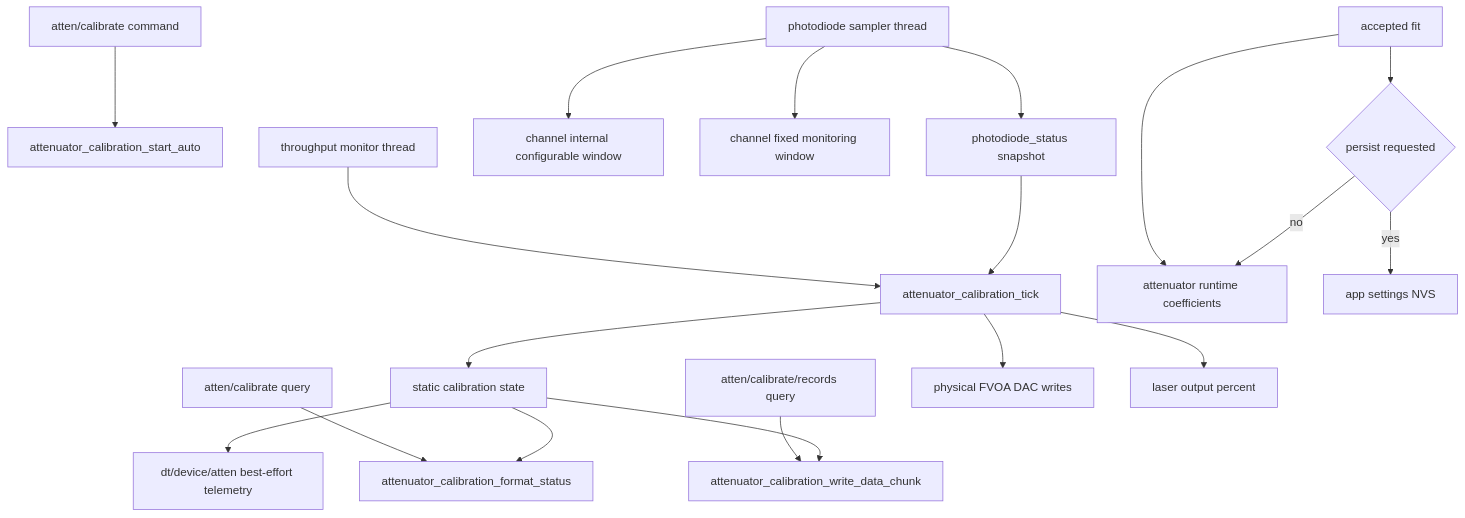
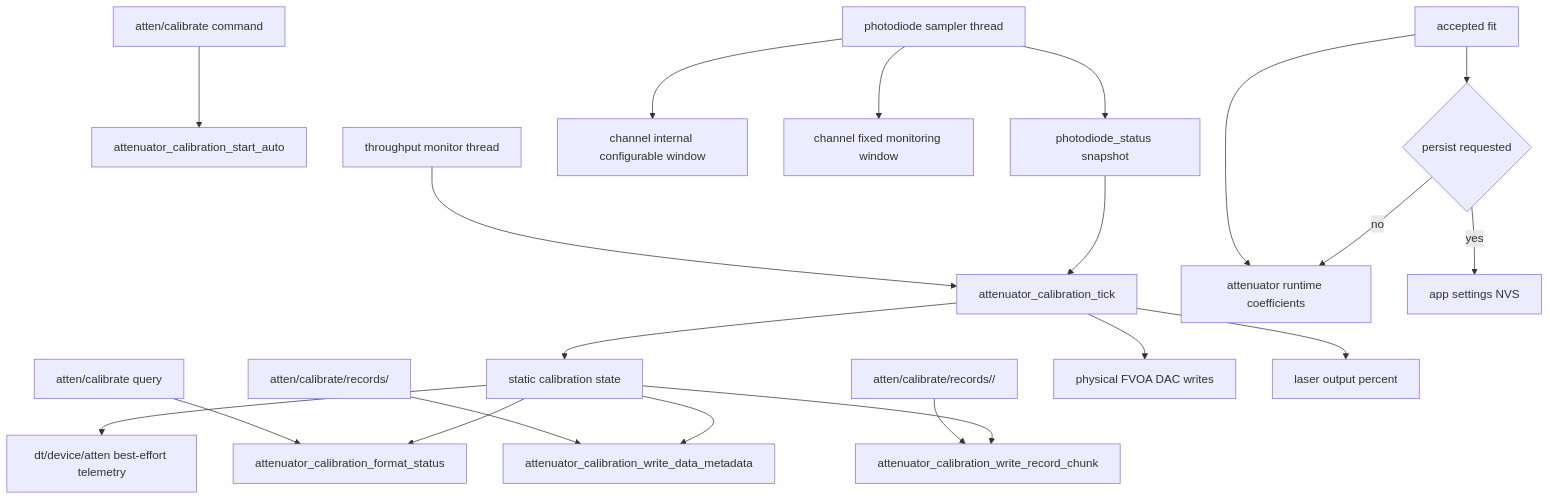
Before and after one commit to COO-Utilities/hispec-tib: the first of 7 diagrams in doc/attenuator_calibration.md, drawn with Mermaid. The commit also changed other lines of this file and 8 other files, not shown here.

Commit message:
Align attenuator calibration dataset export

````diff
--- a/doc/attenuator_calibration.md
+++ b/doc/attenuator_calibration.md
@@ -16,24 +16,26 @@
 ```mermaid
 flowchart TD
   Cmd[atten/calibrate command] --> Start[attenuator_calibration_start_auto]
   StatusReq[atten/calibrate query] --> Status[attenuator_calibration_format_status]
-  RecordsReq[atten/calibrate/records query] --> Chunk[attenuator_calibration_write_data_chunk]
+  RecordsMetaReq[atten/calibrate/records/<physical>] --> Meta[attenuator_calibration_write_data_metadata]
+  RecordsChunkReq[atten/calibrate/records/<physical>/<chunk>] --> Chunk[attenuator_calibration_write_record_chunk]
 
   PDThread[photodiode sampler thread] --> PDStatus[photodiode_status snapshot]
   PDThread --> ConfigWindow[channel internal configurable window]
   PDThread --> FixedWindow[channel fixed monitoring window]
 
   TP[throughput monitor thread] --> Tick[attenuator_calibration_tick]
   PDStatus --> Tick
   Tick --> CalState[static calibration state]
   Tick --> Atten[physical FVOA DAC writes]
   Tick --> Laser[laser output percent]
 
   CalState --> Telemetry[dt/device/atten best-effort telemetry]
   CalState --> Status
+  CalState --> Meta
   CalState --> Chunk
   Fit[accepted fit] --> Runtime[attenuator runtime coefficients]
   Fit --> Persist{persist requested}
   Persist -- yes --> NVS[app settings NVS]
   Persist -- no --> Runtime
 ```
````
